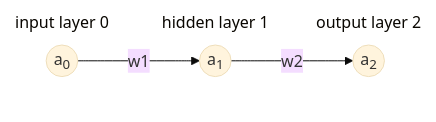
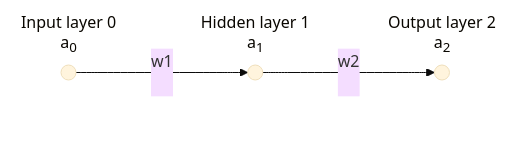
The diagram in dev-notes.md (MadLittleMods/zig-ocr-neural-network), drawn with Mermaid (base theme) before and after one commit. The commit also changed other lines of this file, not shown here.

````diff
--- a/dev-notes.md
+++ b/dev-notes.md
@@ -18,23 +21,34 @@
 ```mermaid
 flowchart LR
-    subgraph layer0[input layer 0]
-        a0((a<sub>0</sub>))
+    subgraph layer0[Input layer 0]
+        subgraph groupLabel0[a<sub>0</sub>]
+            l0_0(( ))
+        end
     end
 
-    subgraph layer1[hidden layer 1]
-        a1((a<sub>1</sub>))
+    subgraph layer1[Hidden layer 1]
+        subgraph groupLabel1[a<sub>1</sub>]
+            l1_0(( ))
+        end
     end
 
-    subgraph layer2[output layer 2]
-        a2((a<sub>2</sub>))
+    subgraph layer2[Output layer 2]
+        subgraph groupLabel2[a<sub>2</sub>]
+            l2_0(( ))
+        end
     end
 
-    a0 -- w1 --> a1 -- w2 --> a2
+    l0_0 -- w1<br><br> --> l1_0 -- w2<br><br> --> l2_0
 
 
-classDef layer-group stroke:none,fill:none
+classDef layerGroup stroke:none,fill:none
+classDef groupLabel stroke:none,fill:none
 
-class layer0 layer-group
-class layer1 layer-group
-class layer2 layer-group
+class layer0 layerGroup
+class layer1 layerGroup
+class layer2 layerGroup
+
+class groupLabel0 layerGroup
+class groupLabel1 layerGroup
+class groupLabel2 layerGroup
 ```
````
